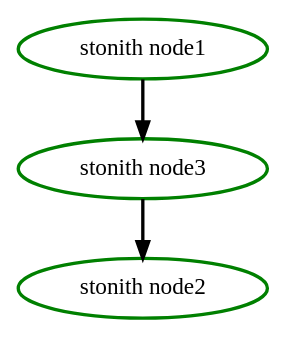
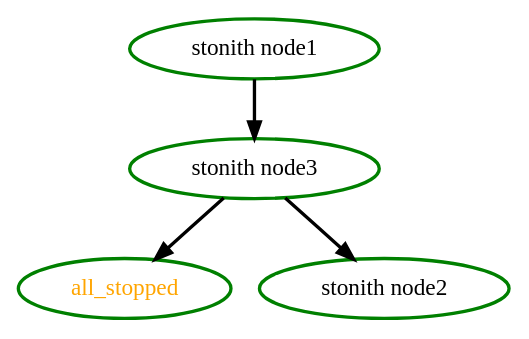
One commit to richiewen8/heartbeat changed the diagram in crm/pengine/testcases/rec-node-14.dot. Above: the diagram before and after it, drawn with Graphviz. The commit also changed 33 other files, not shown here.

Commit message:
PE: STONITH Shutdown ordering * Ensure all stonith actions are complete before stopping stonith resources * Ensure all regular resources are stopped before stopping stonith resources

```diff
--- a/crm/pengine/testcases/rec-node-14.dot
+++ b/crm/pengine/testcases/rec-node-14.dot
@@ -1,7 +1,9 @@
  digraph "g" {
+"all_stopped" [ style=bold color="green" fontcolor="orange"  ]
 "stonith node1" -> "stonith node3" [ style = bold]
 "stonith node1" [ style=bold color="green" fontcolor="black" ]
 "stonith node2" [ style=bold color="green" fontcolor="black" ]
+"stonith node3" -> "all_stopped" [ style = bold]
 "stonith node3" -> "stonith node2" [ style = bold]
 "stonith node3" [ style=bold color="green" fontcolor="black" ]
 }
```
